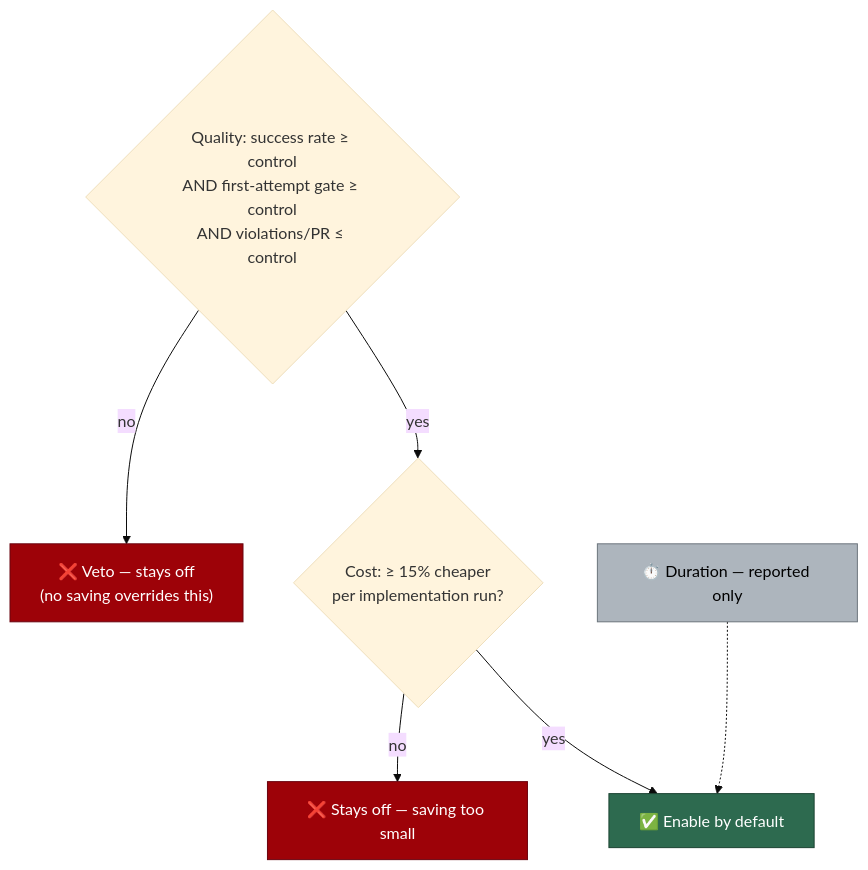
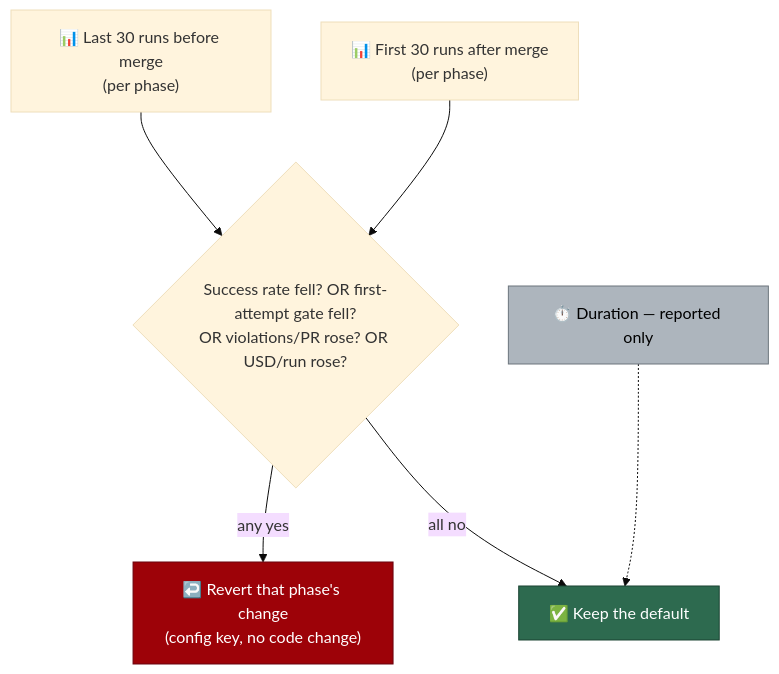
The second of 15 diagrams in docs/MODEL-AND-CACHING.md (stSoftwareAU/VibeCoder), drawn with Mermaid (base theme) before and after one commit. The commit also changed other lines of this file and 9 other files, not shown here.

````diff
--- a/docs/MODEL-AND-CACHING.md
+++ b/docs/MODEL-AND-CACHING.md
@@ -589,13 +636,12 @@
 ```mermaid
 flowchart TD
-    Q{"Quality: success rate ≥ control<br/>AND first-attempt gate ≥ control<br/>AND violations/PR ≤ control"}
-    Q -->|no| V["❌ Veto — stays off<br/>(no saving overrides this)"]
-    Q -->|yes| C{"Cost: ≥ 15% cheaper<br/>per implementation run?"}
-    C -->|no| S["❌ Stays off — saving too small"]
-    C -->|yes| E["✅ Enable by default"]
-    D["⏱️ Duration — reported only"] -.-> E
-    style E fill:#2d6a4f,stroke:#1b4332,color:#fff
-    style V fill:#9d0208,stroke:#6a040f,color:#fff
-    style S fill:#9d0208,stroke:#6a040f,color:#fff
+    B["📊 Last 30 runs before merge<br/>(per phase)"] --> X
+    A["📊 First 30 runs after merge<br/>(per phase)"] --> X
+    X{"Success rate fell? OR first-attempt gate fell?<br/>OR violations/PR rose? OR USD/run rose?"}
+    X -->|any yes| R["↩️ Revert that phase's change<br/>(config key, no code change)"]
+    X -->|all no| K["✅ Keep the default"]
+    D["⏱️ Duration — reported only"] -.-> K
+    style K fill:#2d6a4f,stroke:#1b4332,color:#fff
+    style R fill:#9d0208,stroke:#6a040f,color:#fff
     style D fill:#adb5bd,stroke:#6c757d,color:#000
 ```
````
